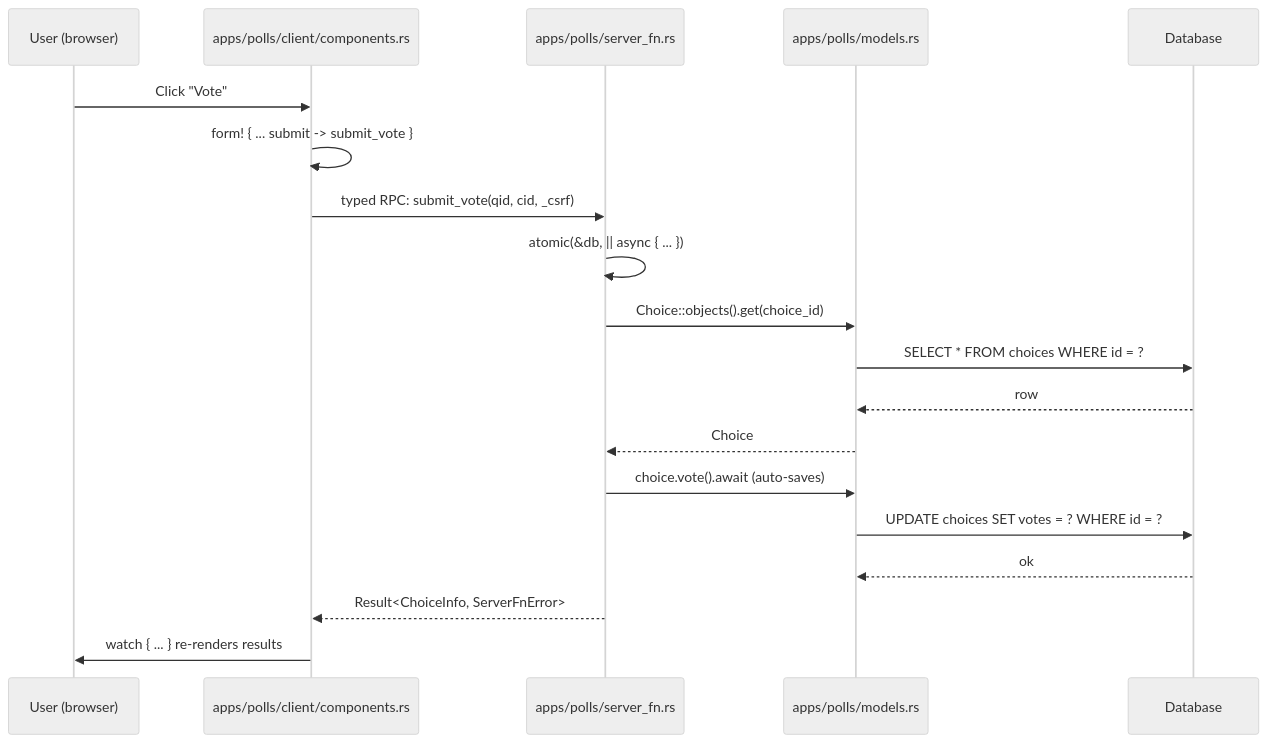
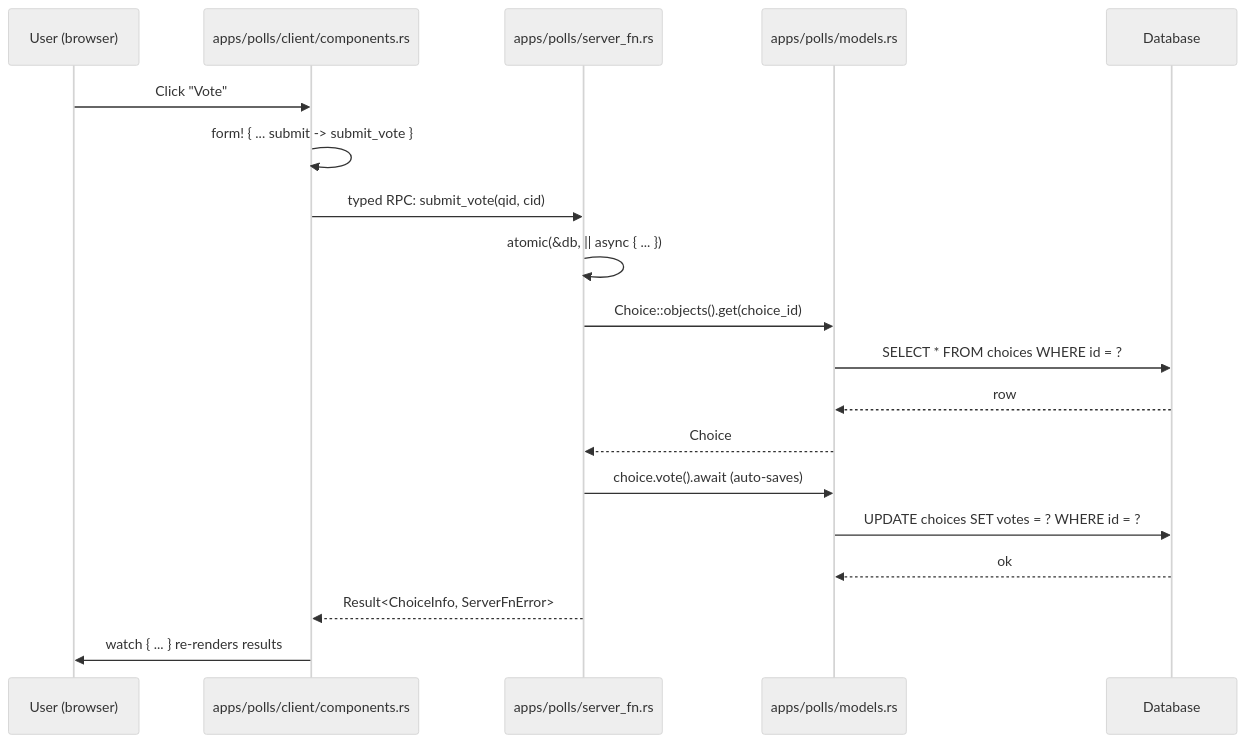
One commit to kent8192/reinhardt-web changed the diagram in website/content/quickstart/tutorials/basis/3-views-and-urls.md. Above: the diagram before and after it, drawn with Mermaid (neutral theme). The commit also changed 3 other files, not shown here.

````diff
--- a/website/content/quickstart/tutorials/basis/3-views-and-urls.md
+++ b/website/content/quickstart/tutorials/basis/3-views-and-urls.md
@@ -149,22 +149,22 @@
 ```mermaid
 sequenceDiagram
     participant U as User (browser)
     participant C as apps/polls/client/components.rs
     participant S as apps/polls/server_fn.rs
     participant M as apps/polls/models.rs
     participant DB as Database
 
     U->>C: Click "Vote"
     C->>C: form! { ... submit -> submit_vote }
-    C->>S: typed RPC: submit_vote(qid, cid, _csrf)
+    C->>S: typed RPC: submit_vote(qid, cid)
     S->>S: atomic(&db, || async { ... })
     S->>M: Choice::objects().get(choice_id)
     M->>DB: SELECT * FROM choices WHERE id = ?
     DB-->>M: row
     M-->>S: Choice
     S->>M: choice.vote().await (auto-saves)
     M->>DB: UPDATE choices SET votes = ? WHERE id = ?
     DB-->>M: ok
     S-->>C: Result<ChoiceInfo, ServerFnError>
     C->>U: watch { ... } re-renders results
 ```
````
